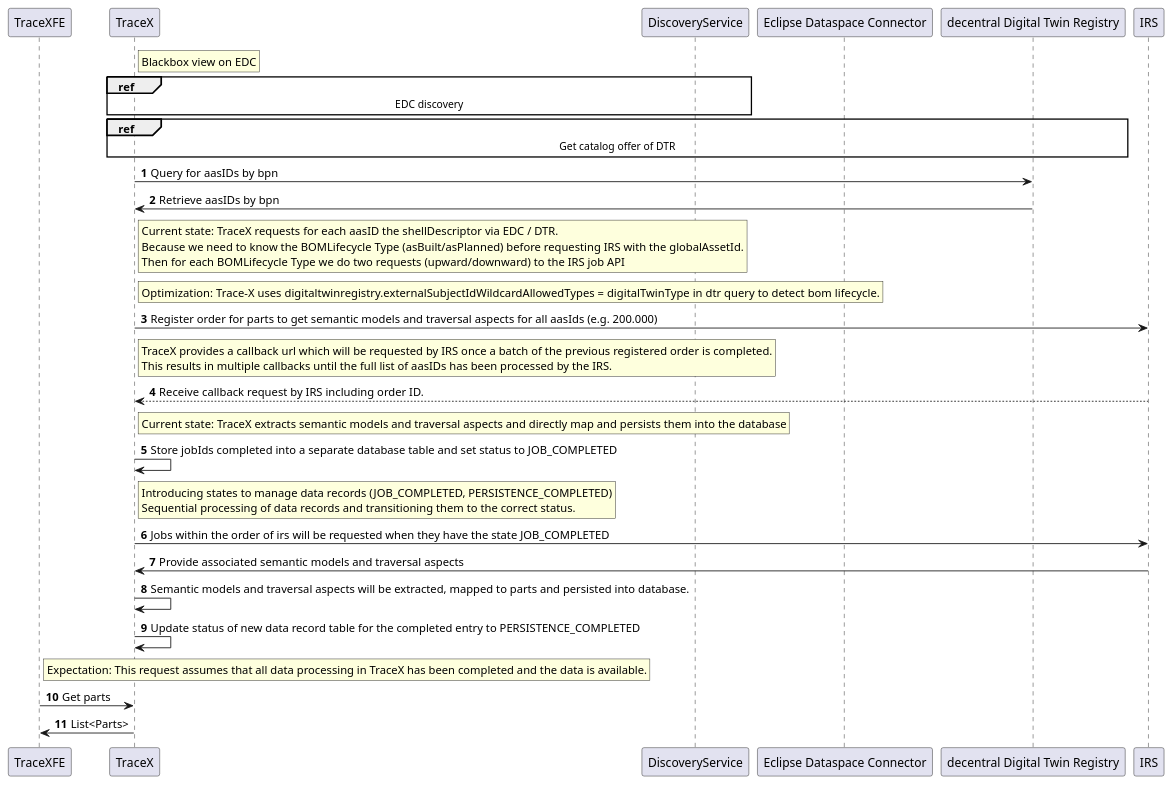
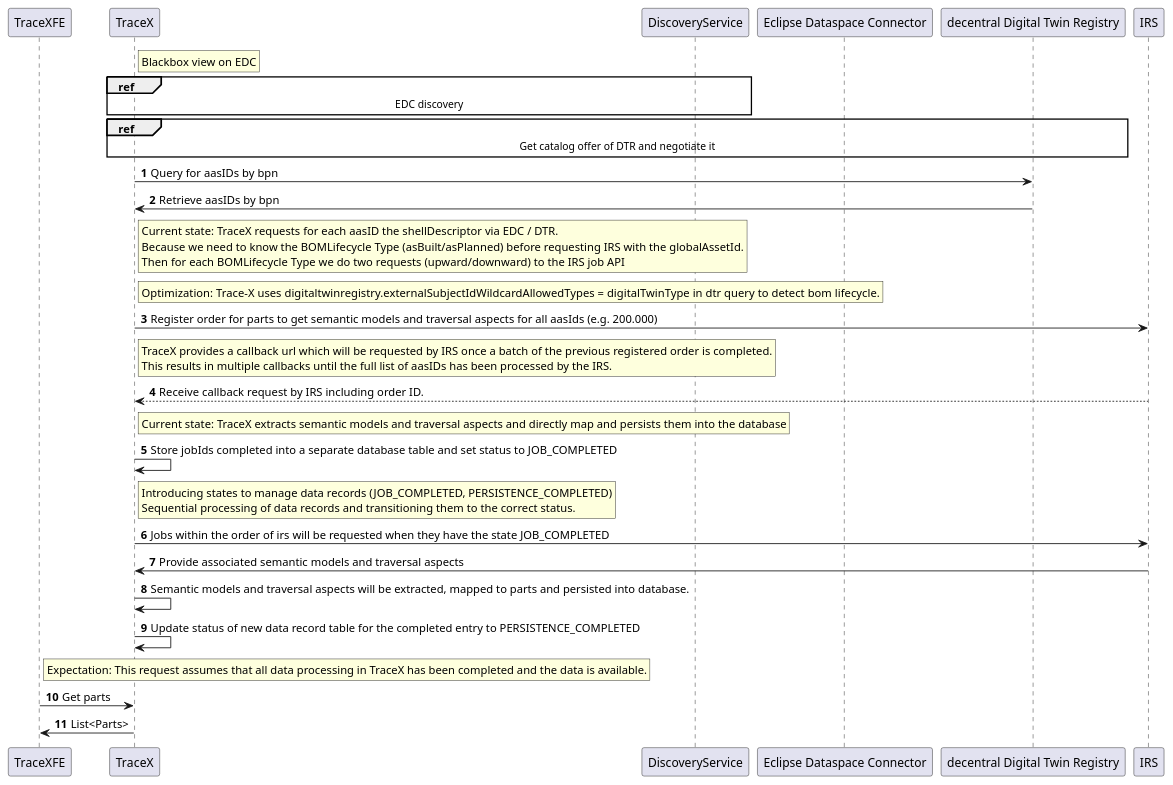
Before and after one commit to eclipse-tractusx/traceability-foss: the diagram in docs/src/uml-diagrams/arc42/runtime-view/data-consumption-process_part1_tracex_scaling.puml, drawn with PlantUML.

Commit message:
chore(docs): add missing description

```diff
--- a/docs/src/uml-diagrams/arc42/runtime-view/data-consumption-process_part1_tracex_scaling.puml
+++ b/docs/src/uml-diagrams/arc42/runtime-view/data-consumption-process_part1_tracex_scaling.puml
@@ -1,58 +1,58 @@
 @startuml
 'https://plantuml.com/sequence-diagram
 autonumber
 participant TraceXFE
 participant TraceX
 participant "DiscoveryService" as DS
 participant "Eclipse Dataspace Connector" as EDC
 participant "decentral Digital Twin Registry" as DTR
 
 participant IRS
 rnote right TraceX
 Blackbox view on EDC
 end rnote
 ref over TraceX, DS
  EDC discovery
 end ref
 
 ref over TraceX, EDC, DTR
-    Get catalog offer of DTR
+    Get catalog offer of DTR and negotiate it
 end ref
 
 
 TraceX -> DTR: Query for aasIDs by bpn
 DTR -> TraceX: Retrieve aasIDs by bpn
 rnote right TraceX
 Current state: TraceX requests for each aasID the shellDescriptor via EDC / DTR.
 Because we need to know the BOMLifecycle Type (asBuilt/asPlanned) before requesting IRS with the globalAssetId.
 Then for each BOMLifecycle Type we do two requests (upward/downward) to the IRS job API
 end rnote
 rnote right TraceX
 Optimization: Trace-X uses  digitaltwinregistry.externalSubjectIdWildcardAllowedTypes = digitalTwinType in dtr query to detect bom lifecycle.
 end rnote
 TraceX -> IRS: Register order for parts to get semantic models and traversal aspects for all aasIds (e.g. 200.000)
 rnote right TraceX
 TraceX provides a callback url which will be requested by IRS once a batch of the previous registered order is completed.
 This results in multiple callbacks until the full list of aasIDs has been processed by the IRS.
 end rnote
 TraceX <-- IRS: Receive callback request by IRS including order ID.
 rnote right TraceX
 Current state: TraceX extracts semantic models and traversal aspects and directly map and persists them into the database
 end rnote
 TraceX -> TraceX: Store jobIds completed into a separate database table and set status to JOB_COMPLETED
 rnote right TraceX
 Introducing states to manage data records (JOB_COMPLETED, PERSISTENCE_COMPLETED)
 Sequential processing of data records and transitioning them to the correct status.
 end rnote
 TraceX -> IRS: Jobs within the order of irs will be requested when they have the state JOB_COMPLETED
 IRS -> TraceX: Provide associated semantic models and traversal aspects
 TraceX -> TraceX: Semantic models and traversal aspects will be extracted, mapped to parts and persisted into database.
 TraceX -> TraceX: Update status of new data record table for the completed entry to PERSISTENCE_COMPLETED
 
 rnote right TraceXFE
 Expectation: This request assumes that all data processing in TraceX has been completed and the data is available.
 end rnote
 TraceXFE -> TraceX: Get parts
 TraceX -> TraceXFE: List<Parts>
 
 @enduml
```
